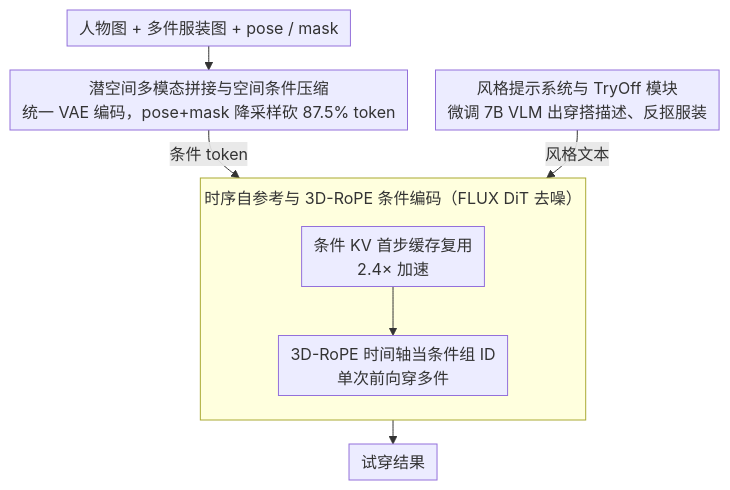
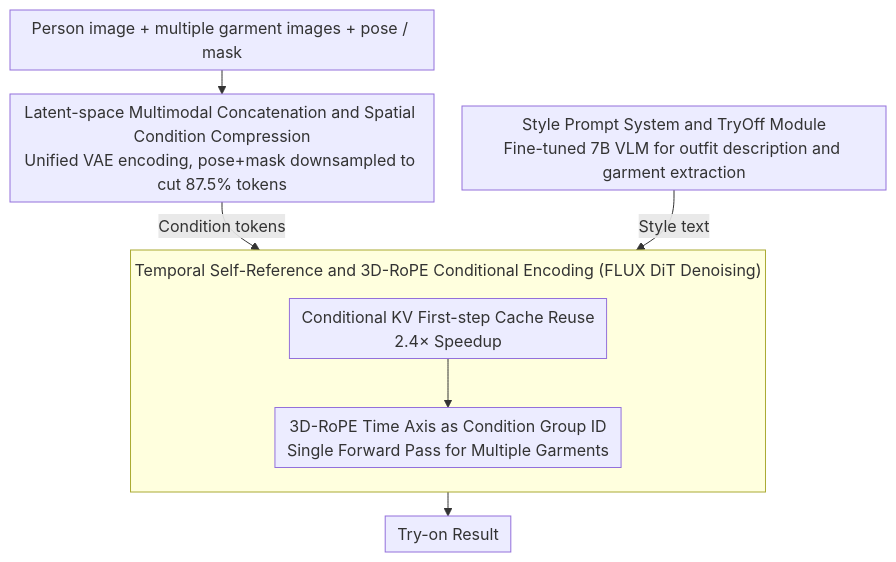
One commit to zhaoyang97/Paper-Notes-en changed the diagram in docs/CVPR2026/image_generation/promo_promptable_virtual_tryon_efficient.md. Above: the diagram before and after it, drawn with Mermaid. The commit also changed 644 other files, not shown here.

````diff
--- a/docs/CVPR2026/image_generation/promo_promptable_virtual_tryon_efficient.md
+++ b/docs/CVPR2026/image_generation/promo_promptable_virtual_tryon_efficient.md
@@ -40,16 +40,16 @@
 ```mermaid
 %%{init: {'flowchart': {'rankSpacing': 24, 'nodeSpacing': 28, 'padding': 6, 'wrappingWidth': 400, 'subGraphTitleMargin': {'top': 8, 'bottom': 16}}}}%%
 flowchart TD
-    P["人物图 + 多件服装图 + pose / mask"]
-    S["风格提示系统与 TryOff 模块<br/>微调 7B VLM 出穿搭描述、反抠服装"]
-    P --> E["潜空间多模态拼接与空间条件压缩<br/>统一 VAE 编码，pose+mask 降采样砍 87.5% token"]
-    E -->|条件 token| C
-    S -->|风格文本| C
-    subgraph C["时序自参考与 3D-RoPE 条件编码（FLUX DiT 去噪）"]
+    P["Person image + multiple garment images + pose / mask"]
+    S["Style Prompt System and TryOff Module<br/>Fine-tuned 7B VLM for outfit description and garment extraction"]
+    P --> E["Latent-space Multimodal Concatenation and Spatial Condition Compression<br/>Unified VAE encoding, pose+mask downsampled to cut 87.5% tokens"]
+    E -->|"Condition tokens"| C
+    S -->|"Style text"| C
+    subgraph C["Temporal Self-Reference and 3D-RoPE Conditional Encoding (FLUX DiT Denoising)"]
         direction TB
-        KV["条件 KV 首步缓存复用<br/>2.4× 加速"]
-        RoPE["3D-RoPE 时间轴当条件组 ID<br/>单次前向穿多件"]
+        KV["Conditional KV First-step Cache Reuse<br/>2.4× Speedup"]
+        RoPE["3D-RoPE Time Axis as Condition Group ID<br/>Single Forward Pass for Multiple Garments"]
         KV --> RoPE
     end
-    C --> OUT["试穿结果"]
+    C --> OUT["Try-on Result"]
 ```
````
